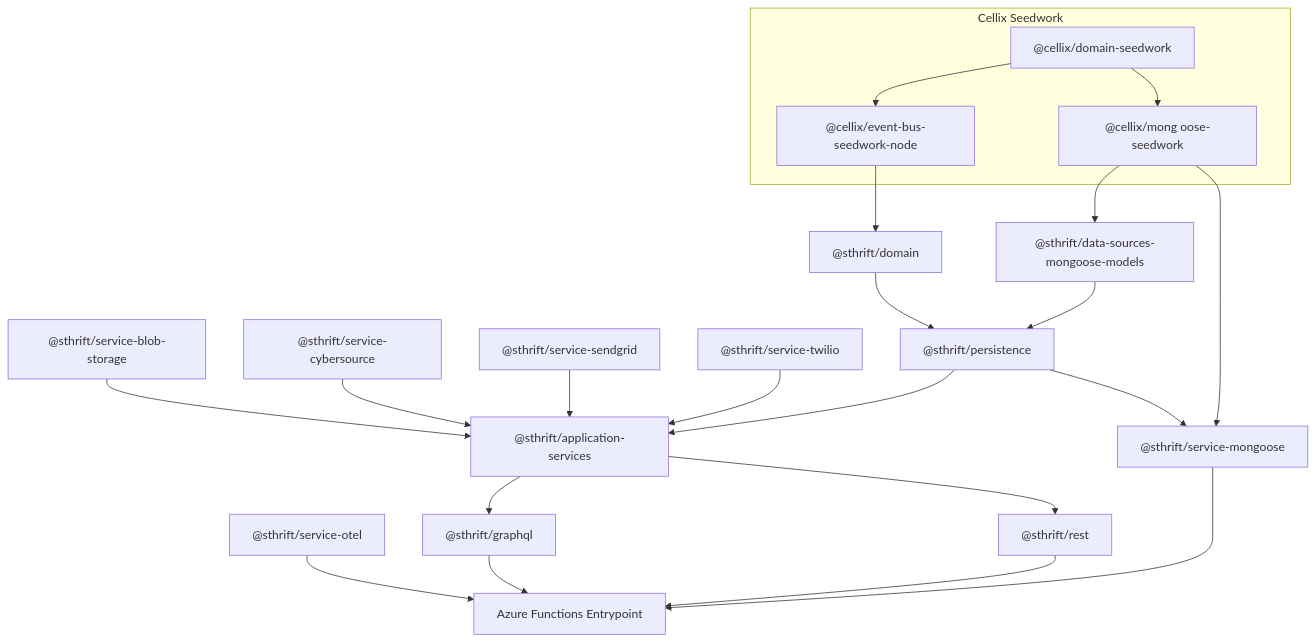
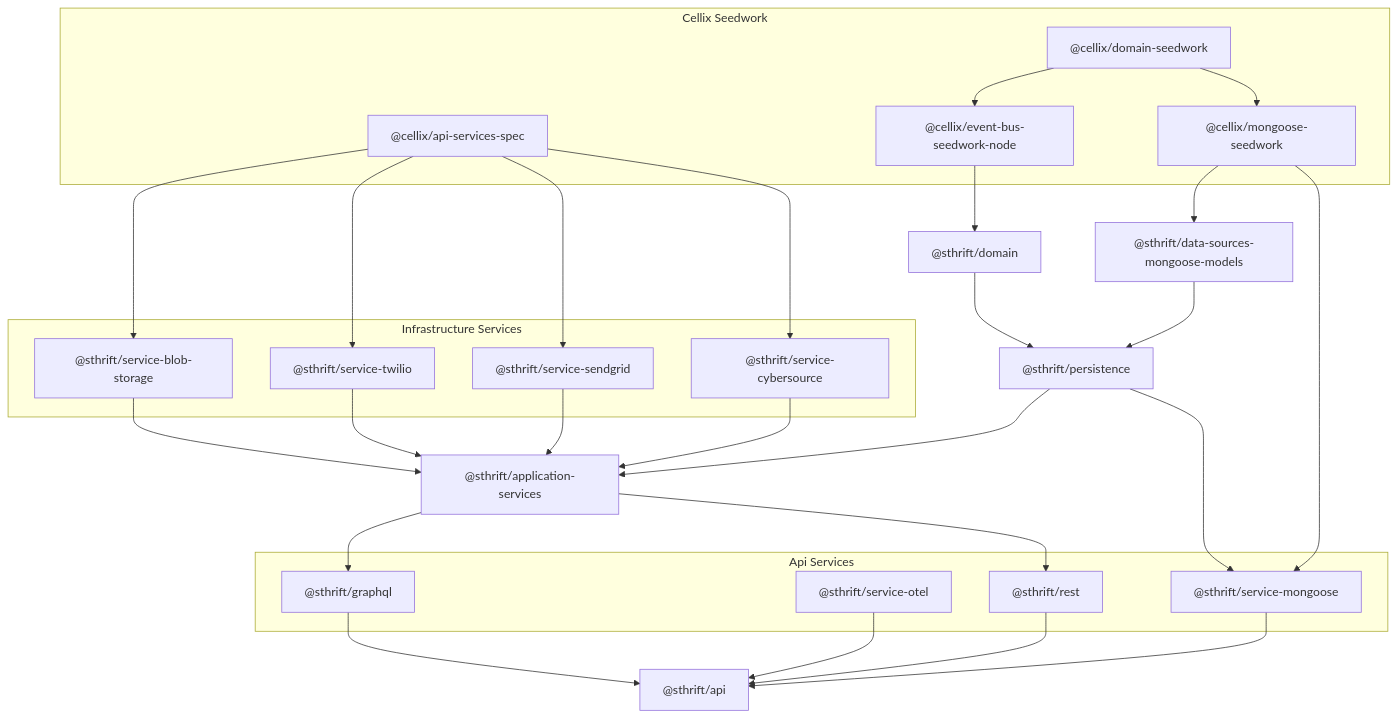
One commit to simnova/sharethrift changed the diagram in documents/archictecture-diagram.md. Above: the diagram before and after it, drawn with Mermaid.

Commit message:
diagram update

````diff
--- a/documents/archictecture-diagram.md
+++ b/documents/archictecture-diagram.md
@@ -2,66 +2,79 @@
 ```mermaid
+
 graph TD
   %% Seedwork and shared libraries
   subgraph Cellix Seedwork
+    cellix-api-services-spec["@cellix/api-services-spec"]
     cellix-domain-seedwork["@cellix/domain-seedwork"]
     cellix-event-bus-seedwork-node["@cellix/event-bus-seedwork-node"]
-    cellix-mongoose-seedwork["@cellix/mong oose-seedwork"]
+    cellix-mongoose-seedwork["@cellix/mongoose-seedwork"]
   end
 
   %% Domain Layer
   sthrft-domain["@sthrift/domain"]
   sthrft-data-sources-mongoose-models["@sthrift/data-sources-mongoose-models"]
 
   %% Application Layer
   sthrft-application-services["@sthrift/application-services"]
 
   %% External Services (above Application Layer)
+  subgraph Infrastructure Services
   sthrft-service-blob["@sthrift/service-blob-storage"]
   sthrft-service-cybersource["@sthrift/service-cybersource"]
   sthrft-service-sendgrid["@sthrift/service-sendgrid"]
   sthrft-service-twilio["@sthrift/service-twilio"]
+  end
 
   %% Infrastructure Layer
   sthrft-persistence["@sthrift/persistence"]
-  sthrft-service-mongoose["@sthrift/service-mongoose"]
-  sthrft-service-otel["@sthrift/service-otel"]
   sthrft-service-blob["@sthrift/service-blob-storage"]
   sthrft-service-cybersource["@sthrift/service-cybersource"]
   sthrft-service-sendgrid["@sthrift/service-sendgrid"]
   sthrft-service-twilio["@sthrift/service-twilio"]
 
   %% API Layer
+  subgraph Api Services
   sthrft-graphql["@sthrift/graphql"]
+  sthrft-service-otel["@sthrift/service-otel"]
   sthrft-rest["@sthrift/rest"]
+  sthrft-service-mongoose["@sthrift/service-mongoose"]
+  end
   sthrft-api["@sthrift/api"]
 
   %% Connections
   cellix-domain-seedwork --> cellix-event-bus-seedwork-node
   cellix-domain-seedwork --> cellix-mongoose-seedwork
   cellix-event-bus-seedwork-node --> sthrft-domain
   cellix-mongoose-seedwork --> sthrft-data-sources-mongoose-models
   cellix-mongoose-seedwork --> sthrft-service-mongoose
+  cellix-api-services-spec --> sthrft-service-blob
+  cellix-api-services-spec --> sthrft-service-twilio
+  cellix-api-services-spec --> sthrft-service-sendgrid
+  cellix-api-services-spec --> sthrft-service-cybersource
+
 
   sthrft-domain --> sthrft-persistence
 
   sthrft-data-sources-mongoose-models --> sthrft-persistence
 
   sthrft-persistence --> sthrft-application-services
   sthrft-service-blob --> sthrft-application-services
   sthrft-service-cybersource --> sthrft-application-services
   sthrft-service-sendgrid --> sthrft-application-services
   sthrft-service-twilio --> sthrft-application-services
   sthrft-persistence --> sthrft-service-mongoose
 
   sthrft-application-services --> sthrft-graphql
   sthrft-application-services --> sthrft-rest
 
   sthrft-service-mongoose --> sthrft-api
   sthrft-service-otel --> sthrft-api
 
   sthrft-graphql --> sthrft-api
   sthrft-rest --> sthrft-api
 
   %% API entrypoint
-  sthrft-api["Azure Functions Entrypoint"]
+  sthrft-api["@sthrift/api"]
+
+
 ```
````
